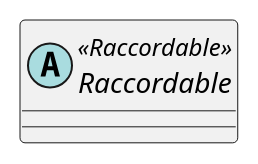
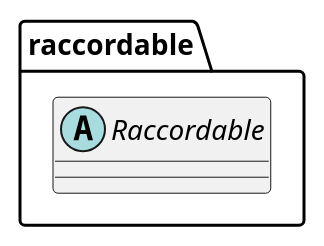
Before and after one commit to beerfactory/brewbox-uml: the diagram in src/class/include/raccordable.iuml, drawn with PlantUML. The commit also changed 9 other files, not shown here.

```diff
--- a/src/class/include/raccordable.iuml
+++ b/src/class/include/raccordable.iuml
@@ -1,3 +1,5 @@
-abstract class Raccordable <<Raccordable>> {
-	
+package raccordable {
+	abstract class Raccordable {
+		
+	}	
 }
```
